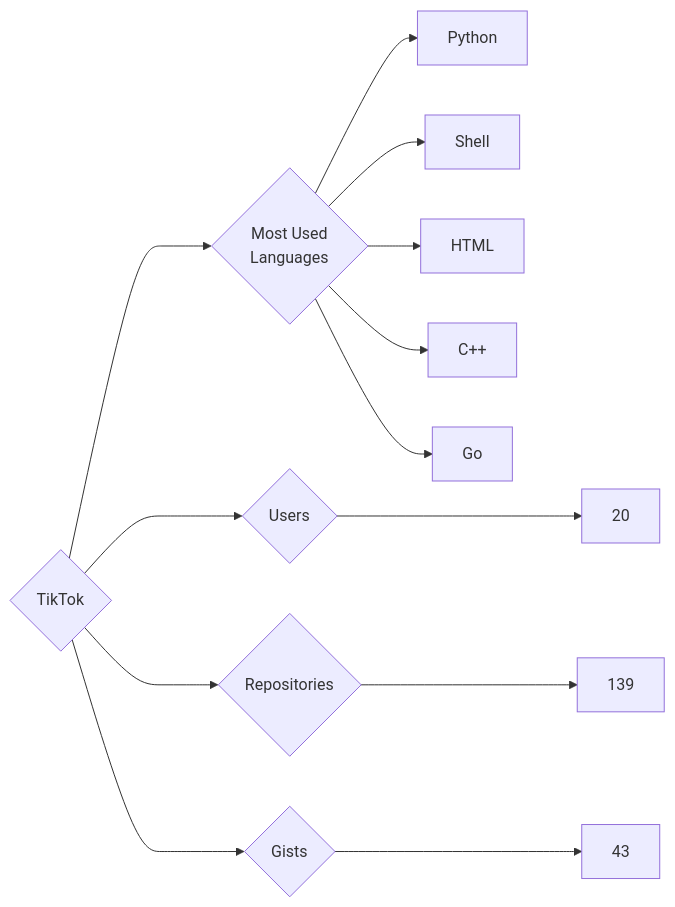
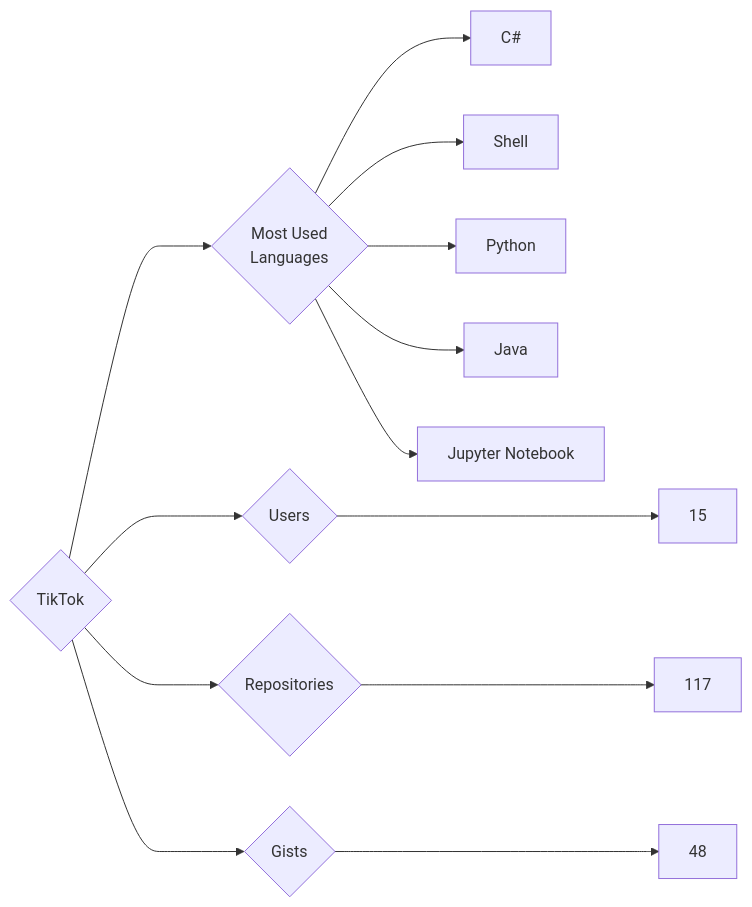
One commit to trickest/insiders changed the diagram in targets/TikTok/README.md. Above: the diagram before and after it, drawn with Mermaid. The commit also changed 939 other files, not shown here.

````diff
--- a/targets/TikTok/README.md
+++ b/targets/TikTok/README.md
@@ -3,13 +3,13 @@
 ```mermaid
 graph LR
 COMPANY_NAME{TikTok}
-COMPANY_NAME ---> U{Users} ---> UN[20]
-COMPANY_NAME ---> R{Repositories} ---> RN[139]
-COMPANY_NAME ---> G{Gists} ---> GN[43]
+COMPANY_NAME ---> U{Users} ---> UN[15]
+COMPANY_NAME ---> R{Repositories} ---> RN[117]
+COMPANY_NAME ---> G{Gists} ---> GN[48]
 COMPANY_NAME ---> ML{Most Used<br>Languages}
+ML --> C#[C#]
+ML --> Shell[Shell]
 ML --> Python[Python]
-ML --> Shell[Shell]
-ML --> HTML[HTML]
-ML --> C++[C++]
-ML --> Go[Go]
+ML --> Java[Java]
+ML --> Jupyter_Notebook[Jupyter Notebook]
 ```
````
